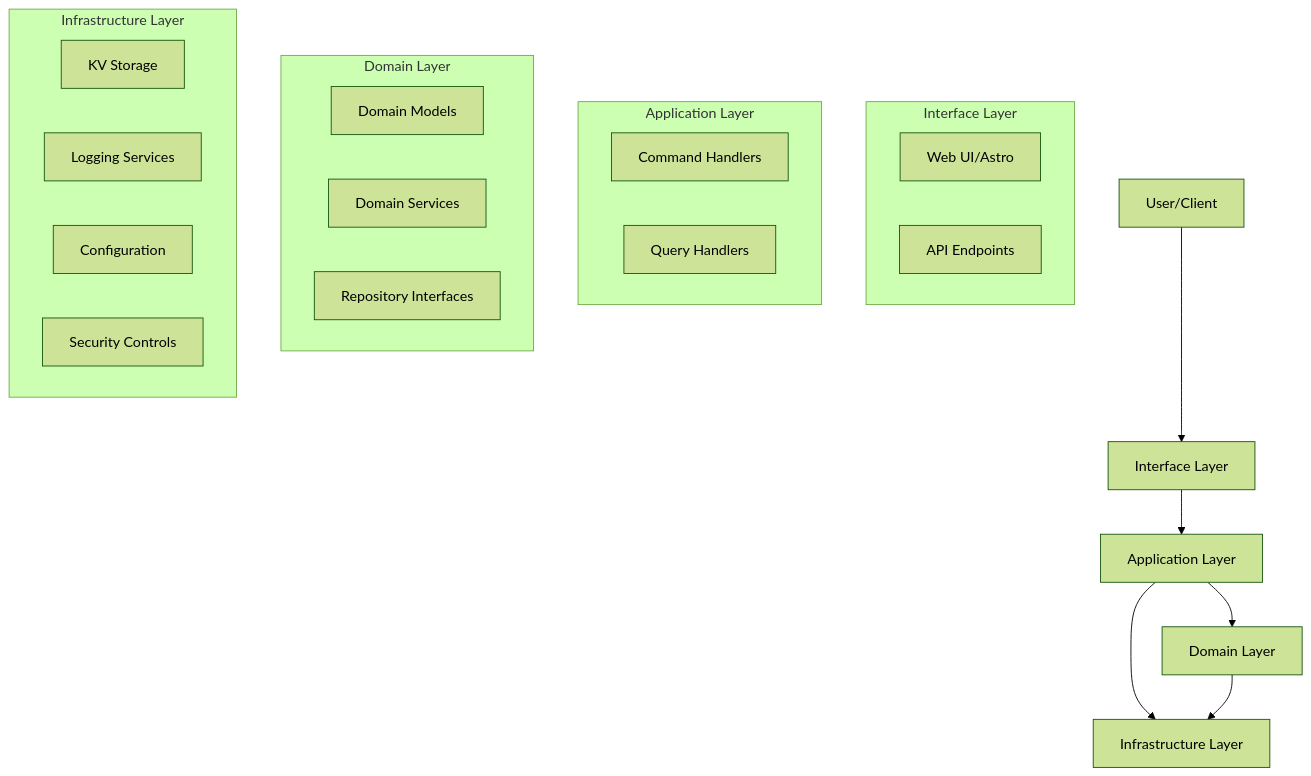
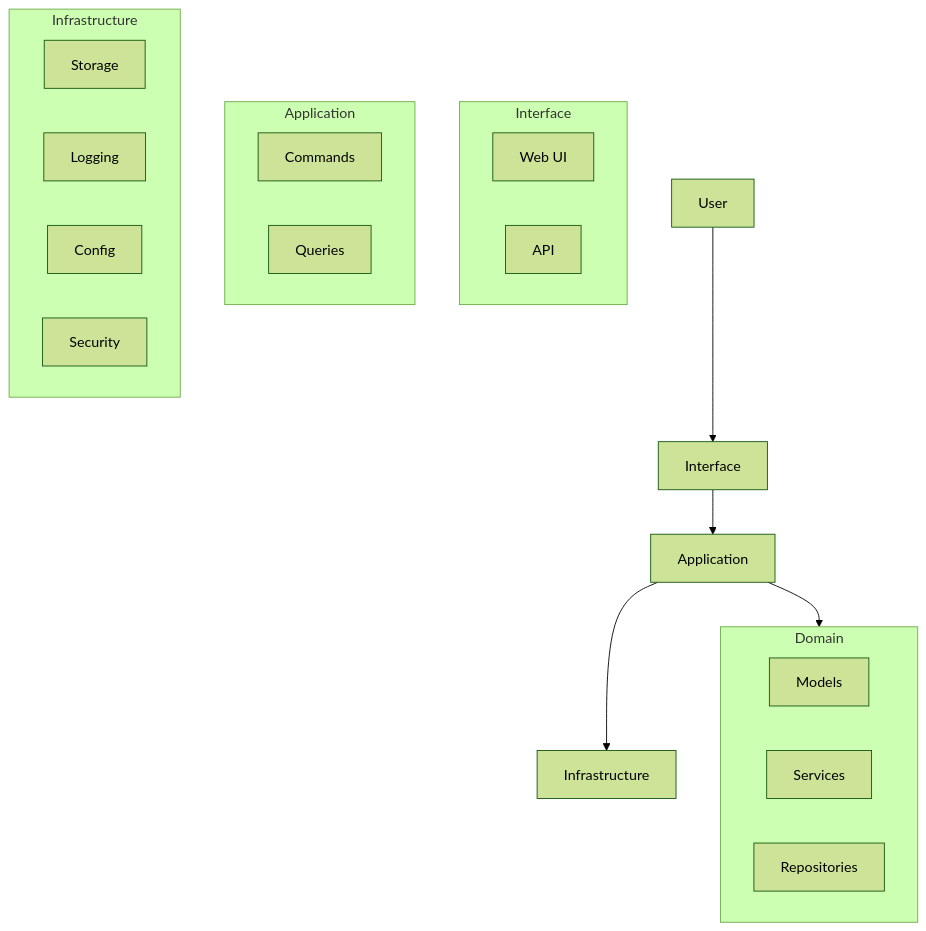
One commit to erfianugrah/pastebin changed the second of 2 diagrams in README.md. Above: the diagram before and after it, drawn with Mermaid (forest theme). The commit also changed other lines of this file and 4 other files, not shown here.

Commit message:
updated mermaid diagrams

````diff
--- a/README.md
+++ b/README.md
@@ -75,31 +75,30 @@
 ```mermaid
 graph TD
-    User[User/Client] --> UI[Interface Layer]
-    UI --> Application[Application Layer]
-    Application --> Domain[Domain Layer]
-    Application --> Infrastructure[Infrastructure Layer]
-    Domain --> Infrastructure
+    User[User] --> UI[Interface]
+    UI --> App[Application]
+    App --> Domain[Domain]
+    App --> Infra[Infrastructure]
     
-    subgraph "Interface Layer"
-      WebUI[Web UI/Astro]
-      API[API Endpoints]
+    subgraph "Interface"
+      Web[Web UI]
+      API[API]
     end
     
-    subgraph "Application Layer"
-      Commands[Command Handlers]
-      Queries[Query Handlers]
+    subgraph "Application"
+      Cmd[Commands]
+      Qry[Queries]
     end
     
-    subgraph "Domain Layer"
-      Models[Domain Models]
-      Services[Domain Services]
-      Repositories[Repository Interfaces]
+    subgraph "Domain"
+      Model[Models]
+      Svc[Services]
+      Repo[Repositories]
     end
     
-    subgraph "Infrastructure Layer"
-      Storage[KV Storage]
-      Logging[Logging Services]
-      Config[Configuration]
-      Security[Security Controls]
+    subgraph "Infrastructure"
+      KV[Storage]
+      Log[Logging]
+      Cfg[Config]
+      Sec[Security]
     end
 ```
````
